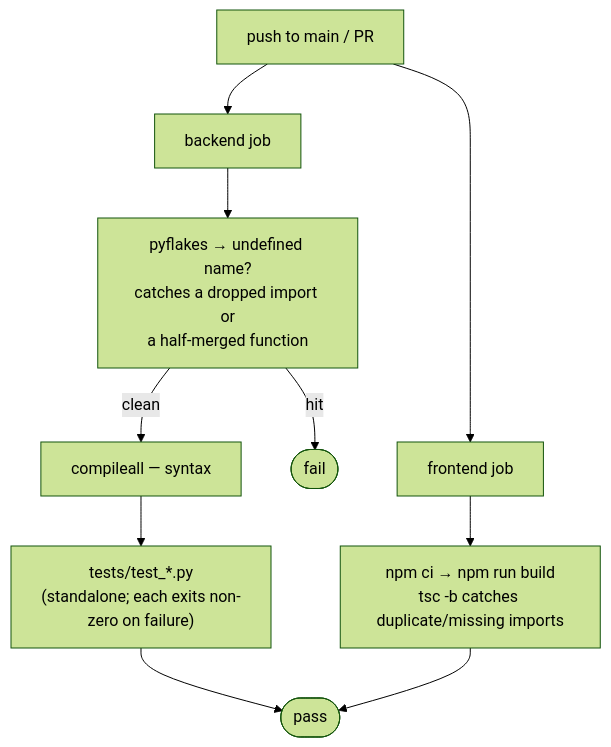
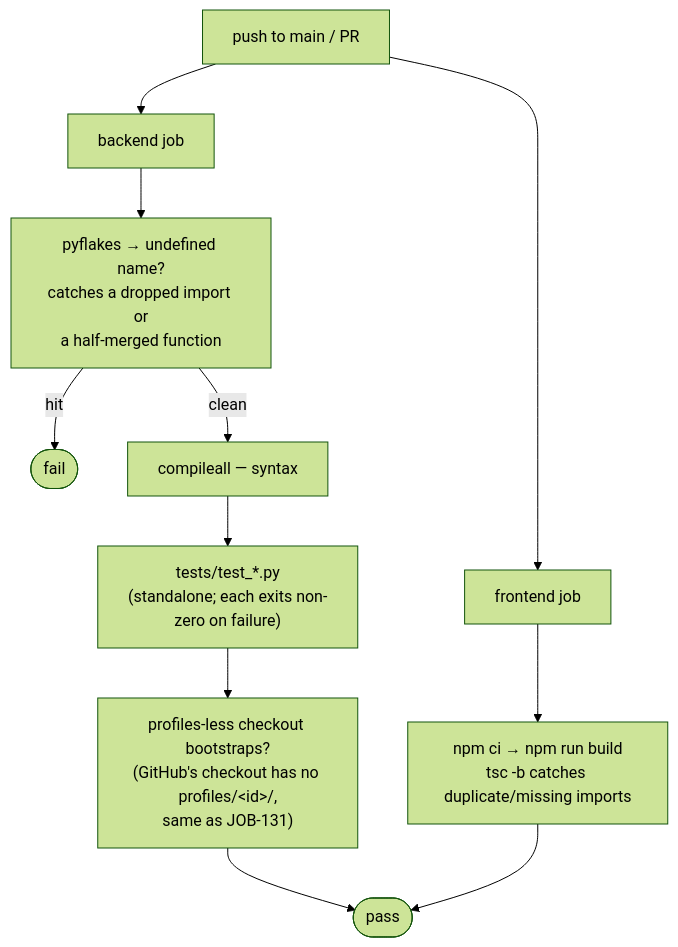
Diagram 11 of 11 in README.md (sbhaskaran0/job-applier), drawn with Mermaid (forest theme) before and after one commit. The commit also changed other lines of this file and 1 other file, not shown here.

````diff
--- a/README.md
+++ b/README.md
@@ -415,12 +426,13 @@
 ```mermaid
 flowchart TD
     P["push to main / PR"] --> B["backend job"]
     P --> F["frontend job"]
     B --> PF["pyflakes → undefined name?<br/>catches a dropped import or<br/>a half-merged function"]
     PF -->|"hit"| X(["fail"])
     PF -->|"clean"| SY["compileall — syntax"]
     SY --> T["tests/test_*.py<br/>(standalone; each exits non-zero on failure)"]
+    T --> BOOT["profiles-less checkout bootstraps?<br/>(GitHub's checkout has no profiles/&lt;id&gt;/,<br/>same as JOB-131)"]
     F --> TS["npm ci → npm run build<br/>tsc -b catches duplicate/missing imports"]
-    T --> OK(["pass"])
+    BOOT --> OK(["pass"])
     TS --> OK
 ```
````
